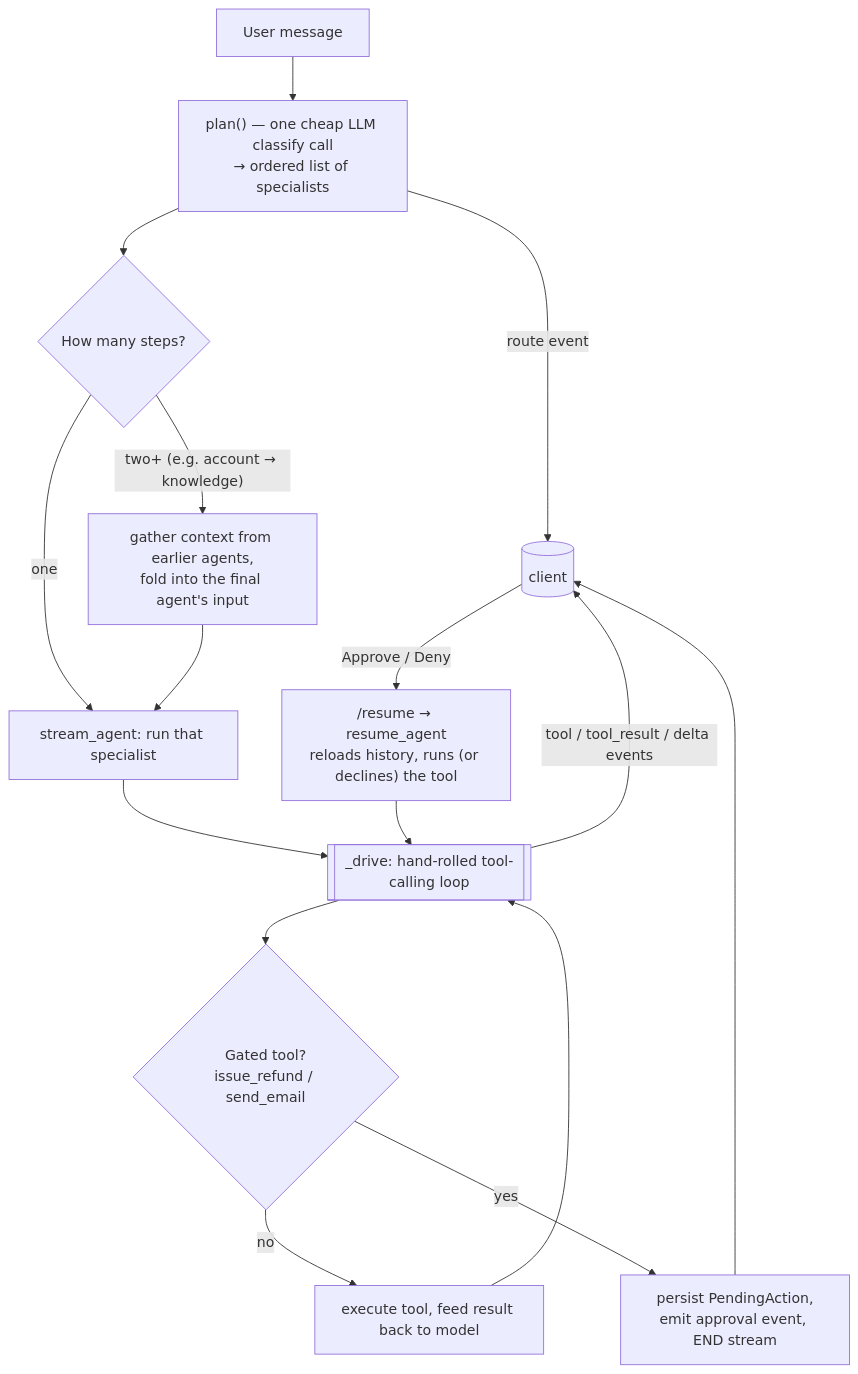
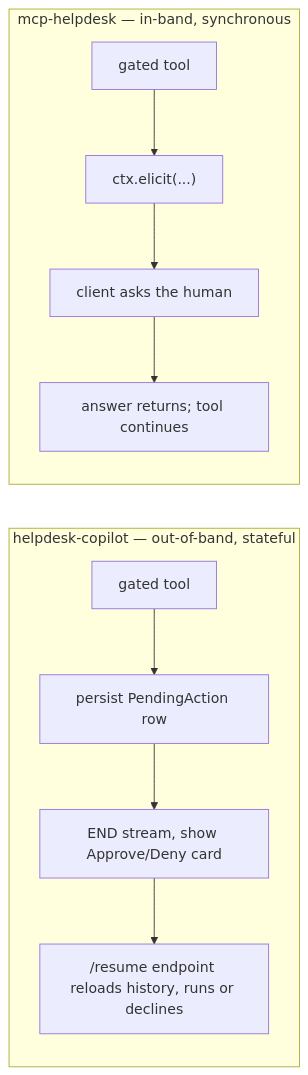
Before and after one commit to jyan500/helpdesk-mcp: the diagram in README.md, drawn with Mermaid. The commit also changed other lines of this file and 2 other files, not shown here.

Commit message:
added elicitation to gate approvals for refund requests and sending emails to close out phase 5, updated readme

````diff
--- a/README.md
+++ b/README.md
@@ -47,18 +170,10 @@
 ```mermaid
-flowchart TD
-    U[User message] --> P["plan() — one cheap LLM classify call<br/>→ ordered list of specialists"]
-    P -->|"route event"| UI[(client)]
-    P --> D{How many steps?}
-    D -->|one| S[stream_agent: run that specialist]
-    D -->|"two+ (e.g. account → knowledge)"| SEQ["gather context from earlier agents,<br/>fold into the final agent's input"]
-    SEQ --> S
-    S --> L[["_drive: hand-rolled tool-calling loop"]]
-    L -->|"tool / tool_result / delta events"| UI
-    L --> G{Gated tool?<br/>issue_refund / send_email}
-    G -->|no| EX[execute tool, feed result back to model]
-    EX --> L
-    G -->|yes| PAUSE["persist PendingAction,<br/>emit approval event, END stream"]
-    PAUSE --> UI
-    UI -->|Approve / Deny| R["/resume → resume_agent<br/>reloads history, runs (or declines) the tool"]
-    R --> L
+flowchart LR
+    subgraph orig["helpdesk-copilot — out-of-band, stateful"]
+      A1[gated tool] --> A2[persist PendingAction row] --> A3[END stream, show Approve/Deny card]
+      A3 --> A4["/resume endpoint reloads history, runs or declines"]
+    end
+    subgraph mcp["mcp-helpdesk — in-band, synchronous"]
+      B1[gated tool] --> B2["ctx.elicit(...)"] --> B3[client asks the human] --> B4[answer returns; tool continues]
+    end
 ```
````
